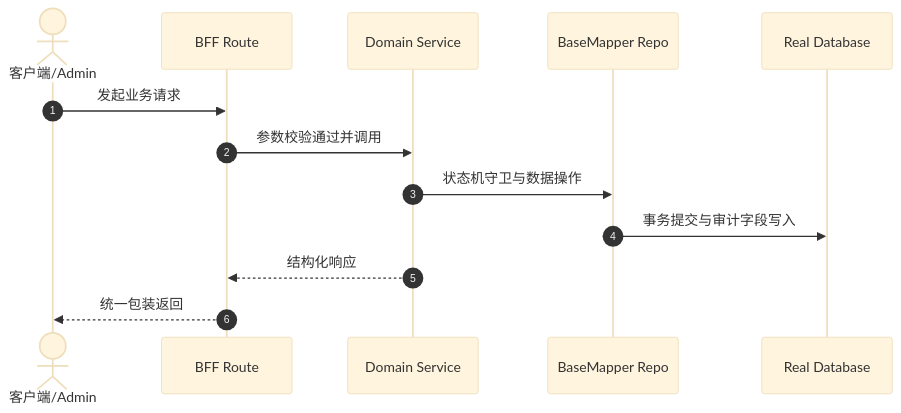
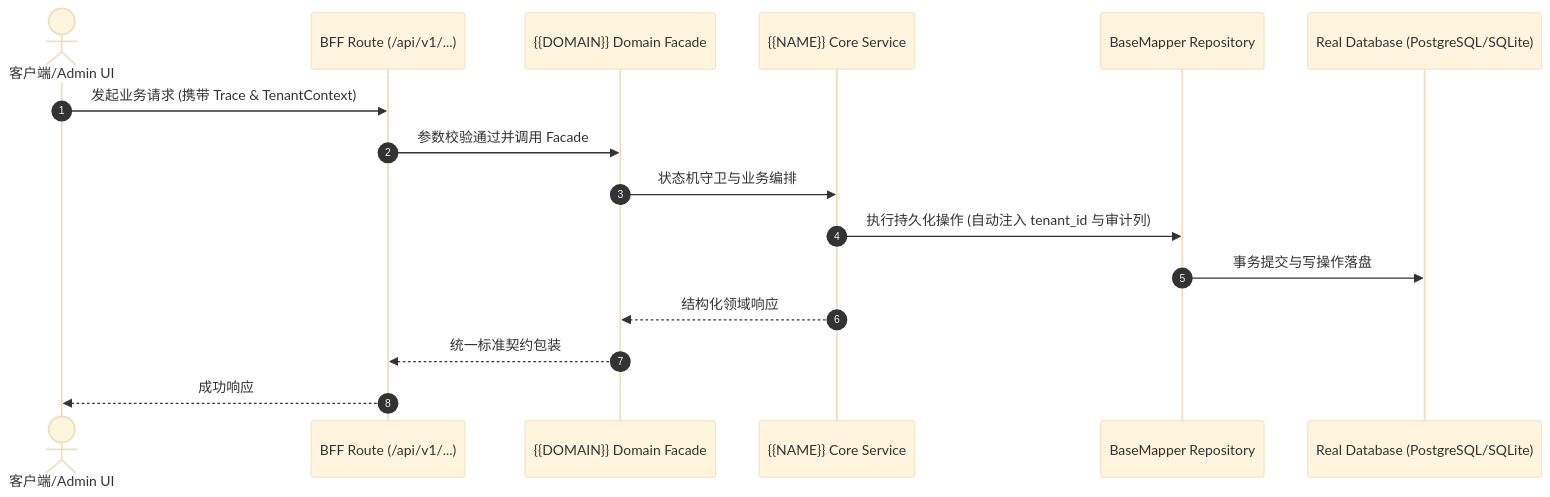
One commit to xaicd/ruoyi-all-next changed the diagram in .specify/templates/plan-template.md. Above: the diagram before and after it, drawn with Mermaid (base theme). The commit also changed other lines of this file and 13 other files, not shown here.

````diff
--- a/.specify/templates/plan-template.md
+++ b/.specify/templates/plan-template.md
@@ -12,16 +19,19 @@
 ```mermaid
 sequenceDiagram
     autonumber
-    actor User as 客户端/Admin
-    participant Route as BFF Route
-    participant Service as Domain Service
-    participant Repo as BaseMapper Repo
-    participant DB as Real Database
+    actor User as 客户端/Admin UI
+    participant BFF as BFF Route (/api/v1/...)
+    participant Facade as {{DOMAIN}} Domain Facade
+    participant Service as {{NAME}} Core Service
+    participant Repo as BaseMapper Repository
+    participant DB as Real Database (PostgreSQL/SQLite)
 
-    User->>Route: 发起业务请求
-    Route->>Service: 参数校验通过并调用
-    Service->>Repo: 状态机守卫与数据操作
-    Repo->>DB: 事务提交与审计字段写入
-    Service-->>Route: 结构化响应
-    Route-->>User: 统一包装返回
+    User->>BFF: 发起业务请求 (携带 Trace & TenantContext)
+    BFF->>Facade: 参数校验通过并调用 Facade
+    Facade->>Service: 状态机守卫与业务编排
+    Service->>Repo: 执行持久化操作 (自动注入 tenant_id 与审计列)
+    Repo->>DB: 事务提交与写操作落盘
+    Service-->>Facade: 结构化领域响应
+    Facade-->>BFF: 统一标准契约包装
+    BFF-->>User: 成功响应
 ```
````
